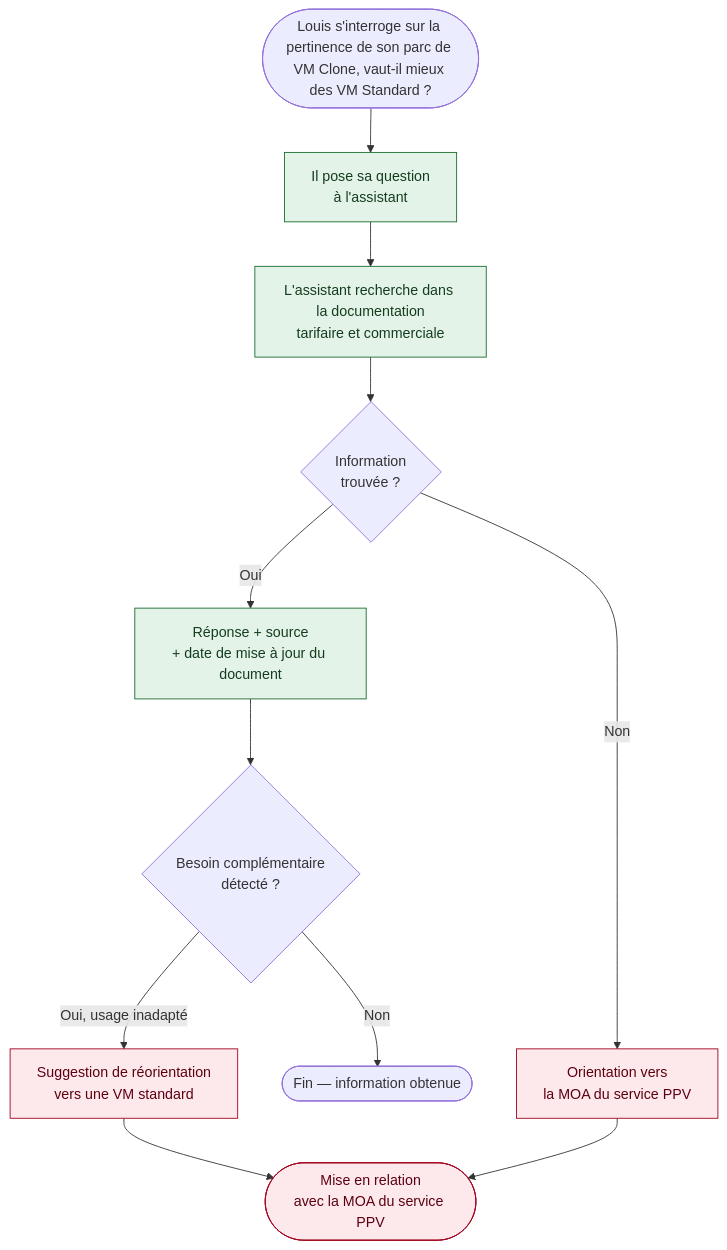
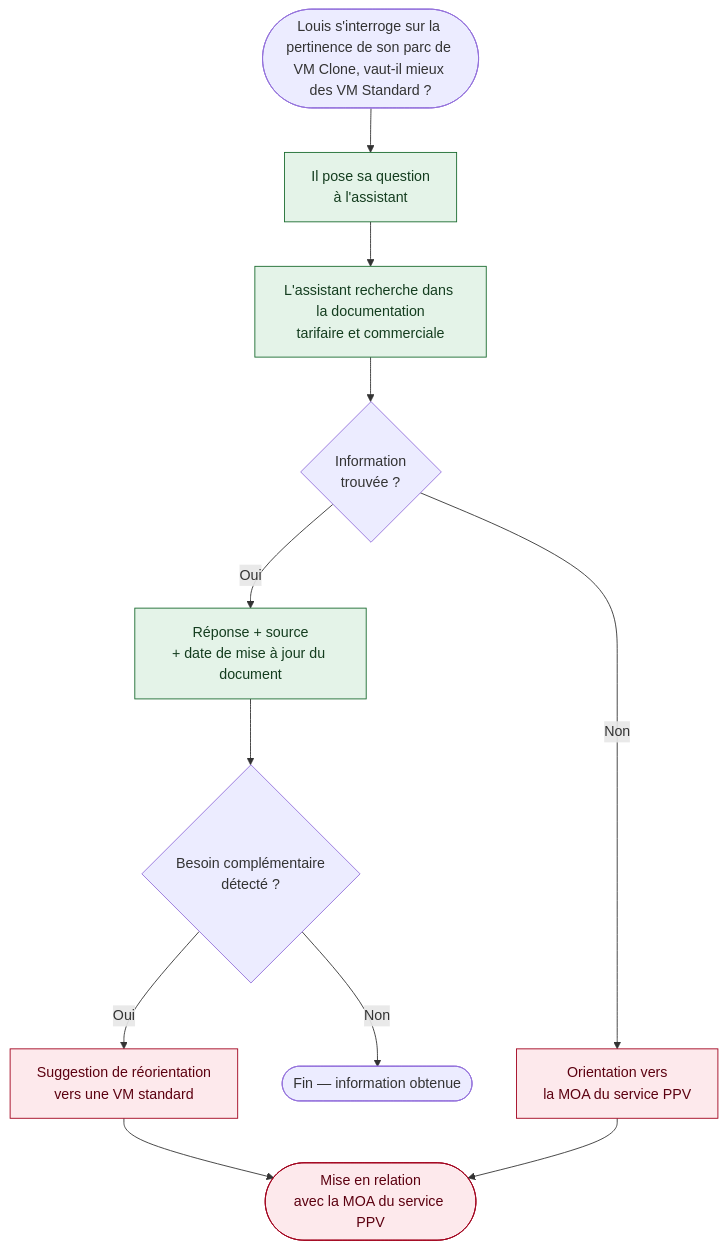
The diagram in 9-userflow-recherche-information.md (margotmc-web/Chatbot_PPV_BC07), drawn with Mermaid before and after one commit.

````diff
--- a/9-userflow-recherche-information.md
+++ b/9-userflow-recherche-information.md
@@ -5,20 +5,20 @@
 ```mermaid
 flowchart TD
     A([Louis s'interroge sur la pertinence de son parc de VM Clone, vaut-il mieux des VM Standard ?]) --> B["Il pose sa question<br/>à l'assistant"]
     B --> C["L'assistant recherche dans la documentation<br/>tarifaire et commerciale"]
     C --> D{"Information<br/>trouvée ?"}
 
     D -->|Oui| E["Réponse + source<br/>+ date de mise à jour du document"]
     D -->|Non| F["Orientation vers<br/>la MOA du service PPV"]
 
     E --> G{"Besoin complémentaire<br/>détecté ?"}
     G -->|Non| H([Fin — information obtenue])
-    G -->|"Oui, usage inadapté"| I["Suggestion de réorientation<br/>vers une VM standard"]
+    G -->|"Oui"| I["Suggestion de réorientation<br/>vers une VM standard"]
     I --> J([Mise en relation<br/>avec la MOA du service PPV])
     F --> J
 
     classDef ok fill:#e4f3e8,stroke:#1a6b2f,color:#143d1f;
     classDef todo fill:#fde9ec,stroke:#a1001c,color:#5c0010;
     class B,C,E ok
     class F,I,J todo
 ```
````
